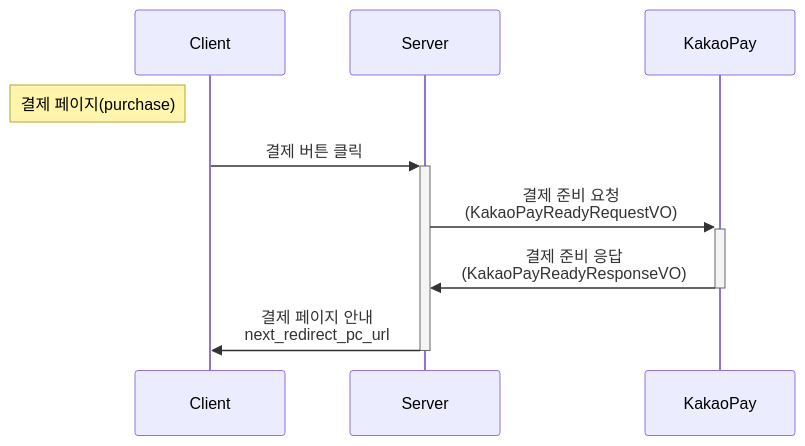
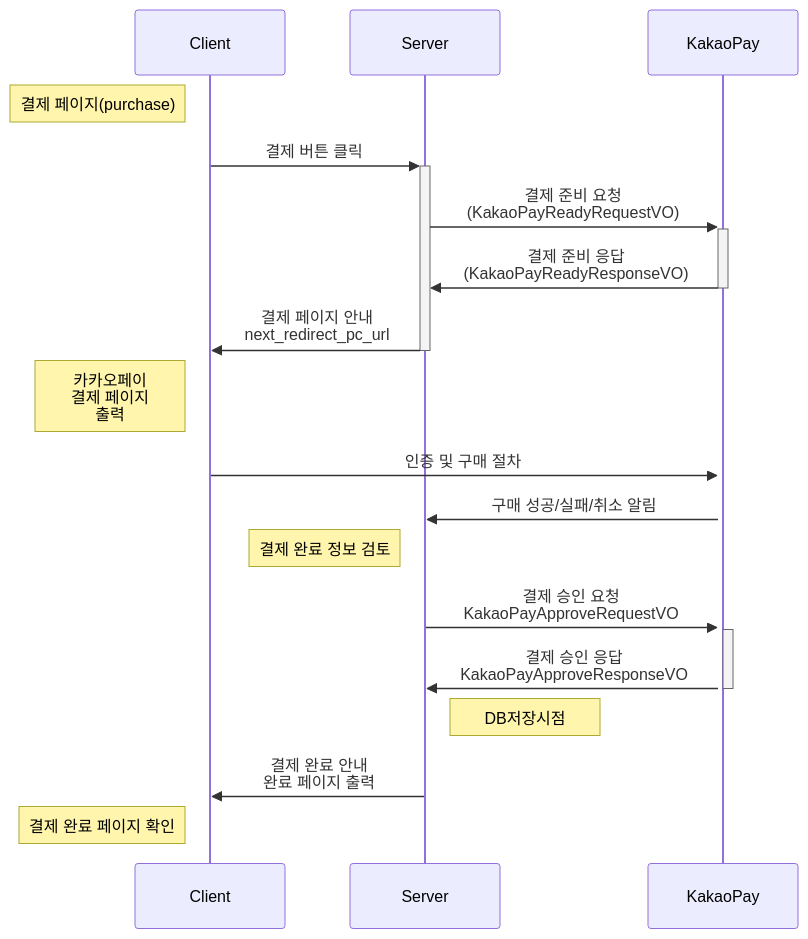
The diagram in spring17pay/sequence.mmd (SEOYEONHA/kh13), drawn with Mermaid before and after one commit.

Commit message:
시퀀스 다이어그램

```diff
--- a/spring17pay/sequence.mmd
+++ b/spring17pay/sequence.mmd
@@ -1,6 +1,15 @@
 sequenceDiagram
     note left of Client: 결제 페이지(purchase)
     Client->>+Server: 결제 버튼 클릭
     Server->>+KakaoPay: 결제 준비 요청<br>(KakaoPayReadyRequestVO)
     KakaoPay->>-Server: 결제 준비 응답<br>(KakaoPayReadyResponseVO)
     Server->>-Client: 결제 페이지 안내<br>next_redirect_pc_url
+    note left of Client: 카카오페이<br>결제 페이지<br>출력
+    Client->>+KakaoPay: 인증 및 구매 절차
+    KakaoPay->>Server: 구매 성공/실패/취소 알림
+    note left of Server: 결제 완료 정보 검토
+    Server->>+KakaoPay: 결제 승인 요청<br>KakaoPayApproveRequestVO
+    KakaoPay->>-Server: 결제 승인 응답<br>KakaoPayApproveResponseVO
+    note right of Server: DB저장시점
+    Server->>Client: 결제 완료 안내<br>완료 페이지 출력
+    note left of Client: 결제 완료 페이지 확인
```
